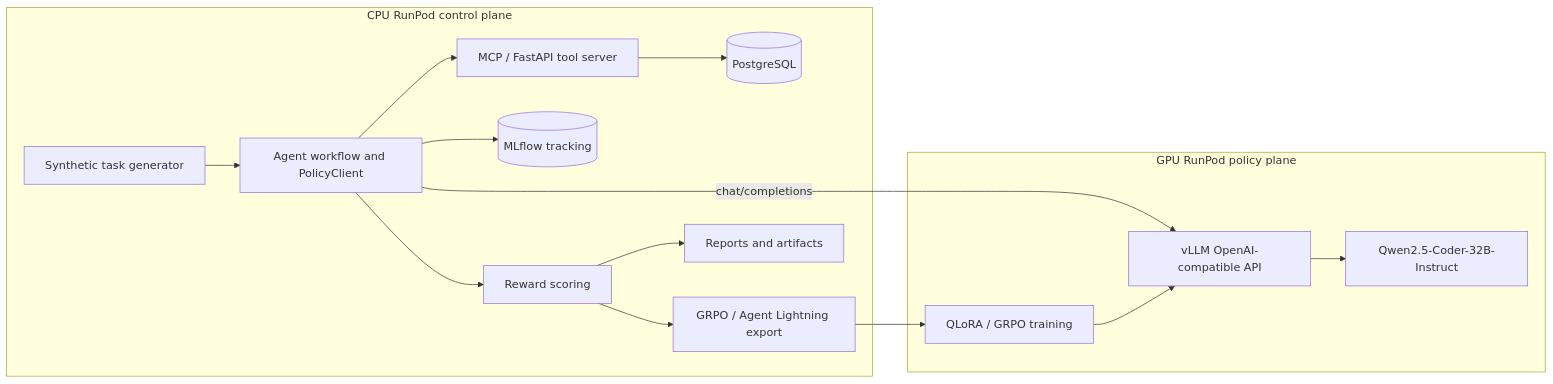
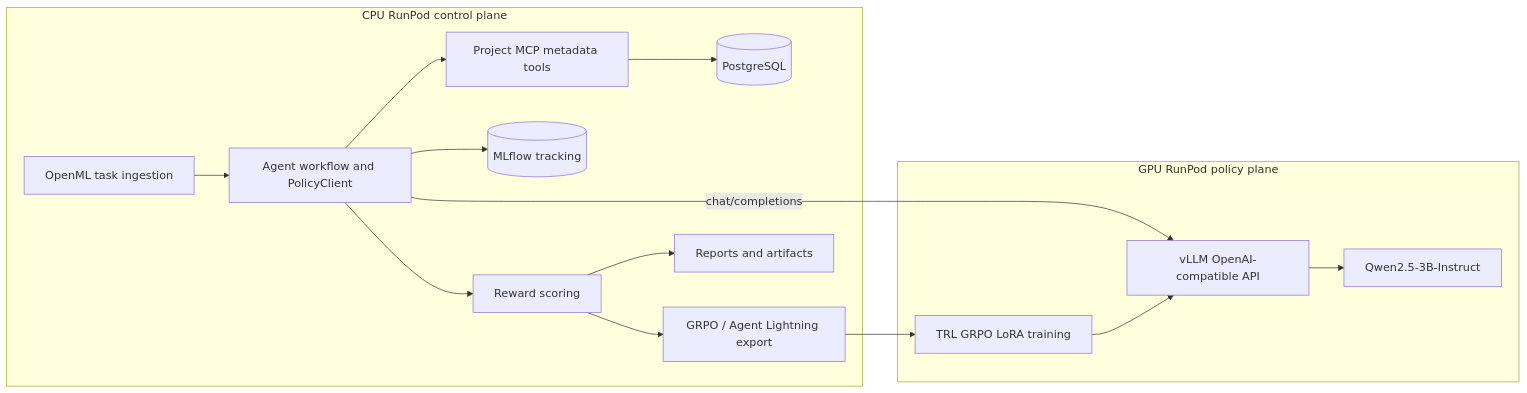
The diagram in docs/runpod_architecture_validation_checklist.md (keshavnath1/Agent-lightening-RL), drawn with Mermaid before and after one commit. The commit also changed other lines of this file and 11 other files, not shown here.

Commit message:
Refresh docs for current GRPO E2E flow

````diff
--- a/docs/runpod_architecture_validation_checklist.md
+++ b/docs/runpod_architecture_validation_checklist.md
@@ -9,29 +9,29 @@
 ```mermaid
 flowchart LR
     subgraph CPU[CPU RunPod control plane]
-        Tasks[Synthetic task generator]
-        MCP[MCP / FastAPI tool server]
+        Tasks[OpenML task ingestion]
+        MCP[Project MCP metadata tools]
         PG[(PostgreSQL)]
         MLflow[(MLflow tracking)]
         Agent[Agent workflow and PolicyClient]
         Scores[Reward scoring]
         GRPO[GRPO / Agent Lightning export]
         Reports[Reports and artifacts]
     end
 
     subgraph GPU[GPU RunPod policy plane]
         VLLM[vLLM OpenAI-compatible API]
-        Qwen[Qwen2.5-Coder-32B-Instruct]
-        Train[QLoRA / GRPO training]
+        Qwen[Qwen2.5-3B-Instruct]
+        Train[TRL GRPO LoRA training]
     end
 
     Tasks --> Agent
     Agent --> MCP
     MCP --> PG
     Agent --> MLflow
     Agent -- chat/completions --> VLLM
     VLLM --> Qwen
     Agent --> Scores --> GRPO --> Train
     Train --> VLLM
     Scores --> Reports
 ```
````
